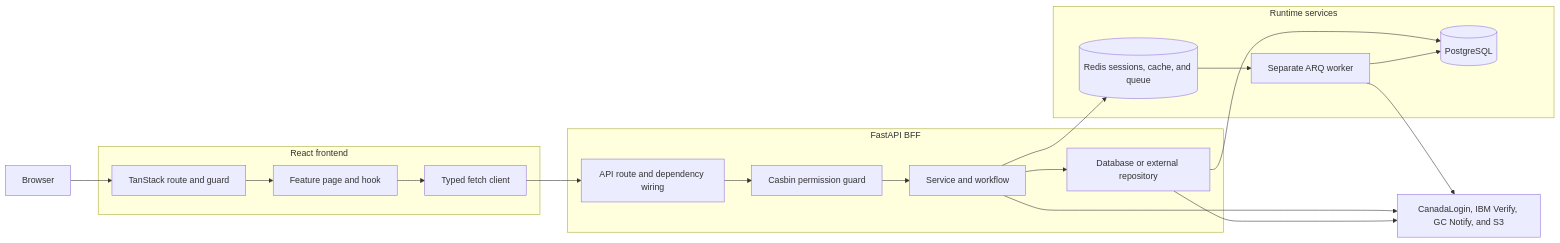
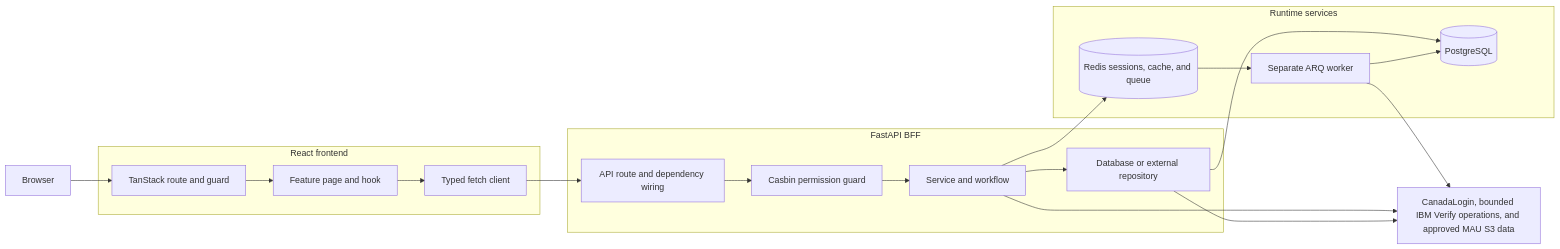
The diagram in docs/architecture/codebase.md (cds-snc/canadalogin-partner-portal), drawn with Mermaid before and after one commit. The commit also changed other lines of this file and 369 other files, not shown here.

````diff
--- a/docs/architecture/codebase.md
+++ b/docs/architecture/codebase.md
@@ -32,35 +37,35 @@
 ```mermaid
 flowchart LR
     Browser["Browser"]
 
     subgraph Frontend["React frontend"]
         Route["TanStack route and guard"]
         Page["Feature page and hook"]
         Fetch["Typed fetch client"]
     end
 
     subgraph Backend["FastAPI BFF"]
         API["API route and dependency wiring"]
         Guard["Casbin permission guard"]
         Service["Service and workflow"]
         Repository["Database or external repository"]
     end
 
     subgraph Runtime["Runtime services"]
         PostgreSQL[("PostgreSQL")]
         Redis[("Redis sessions, cache, and queue")]
         Worker["Separate ARQ worker"]
     end
 
-    External["CanadaLogin, IBM Verify, GC Notify, and S3"]
+    External["CanadaLogin, bounded IBM Verify operations, and approved MAU S3 data"]
 
     Browser --> Route --> Page --> Fetch --> API
     API --> Guard --> Service --> Repository
     Repository --> PostgreSQL
     Service --> Redis
     Redis --> Worker
     Service --> External
     Repository --> External
     Worker --> PostgreSQL
     Worker --> External
 ```
````
